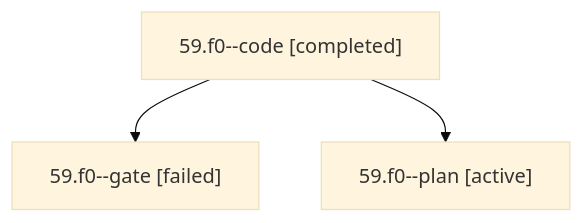
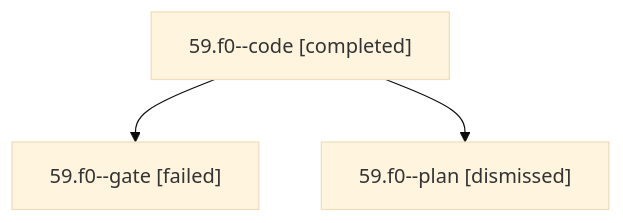
Before and after one commit to bobs-org/bob-cli--agents: the diagram in sessions/bbugyi200.apollo.59.f0.md, drawn with Mermaid (base theme). The commit also changed other lines of this file and 12 other files, not shown here.

````diff
--- a/sessions/bbugyi200.apollo.59.f0.md
+++ b/sessions/bbugyi200.apollo.59.f0.md
@@ -9,8 +9,8 @@
 ```mermaid
 flowchart TD
   n0["59.f0--code [completed]"]
   n1["59.f0--gate [failed]"]
   n0 --> n1
-  n2["59.f0--plan [active]"]
+  n2["59.f0--plan [dismissed]"]
   n0 --> n2
 ```
````
